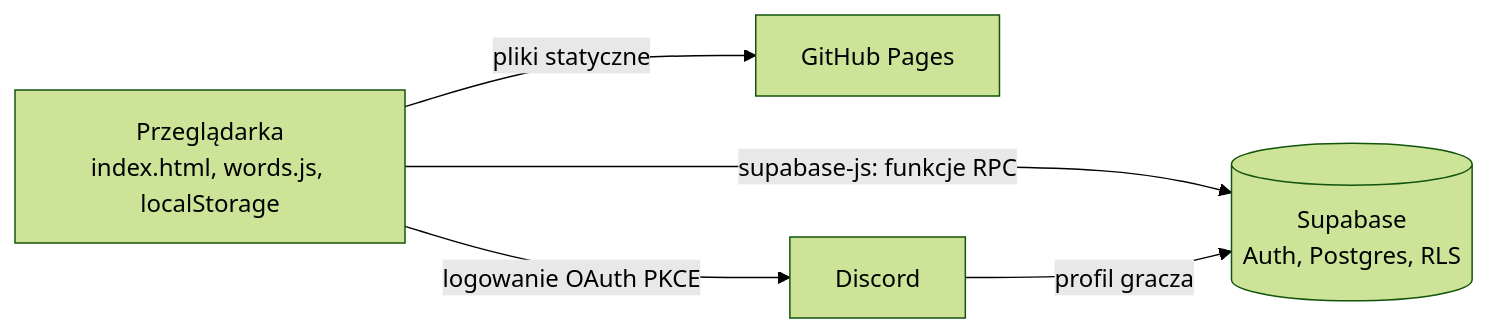
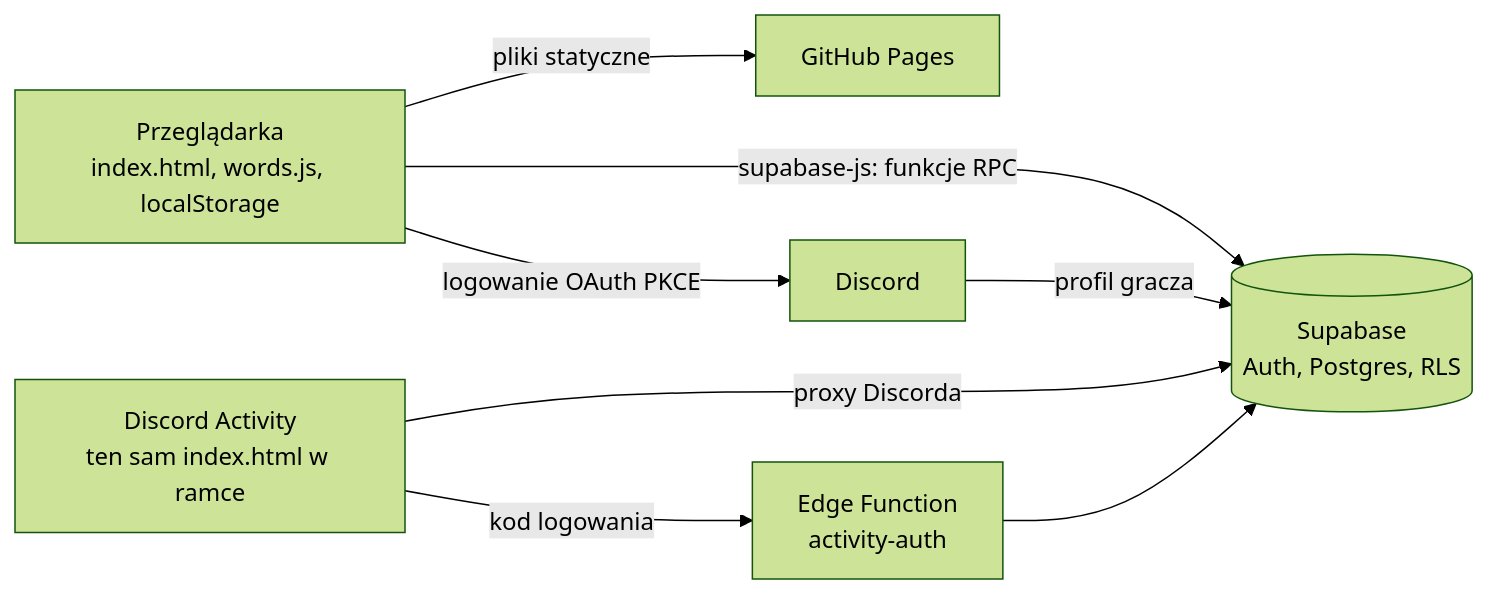
One commit to Qbzomatique/slowik changed the diagram in README.md. Above: the diagram before and after it, drawn with Mermaid (forest theme). The commit also changed other lines of this file and 4 other files, not shown here.

Commit message:
Dodaj testy rankingu serwera i opisz Discord Activity w dokumentacji

````diff
--- a/README.md
+++ b/README.md
@@ -31,7 +32,10 @@
 ```mermaid
 flowchart LR
   G[Przeglądarka<br/>index.html, words.js, localStorage] -->|pliki statyczne| P[GitHub Pages]
   G -->|logowanie OAuth PKCE| D[Discord]
   G -->|supabase-js: funkcje RPC| S[(Supabase<br/>Auth, Postgres, RLS)]
   D -->|profil gracza| S
+  A[Discord Activity<br/>ten sam index.html w ramce] -->|proxy Discorda| S
+  A -->|kod logowania| E[Edge Function<br/>activity-auth]
+  E --> S
 ```
````
